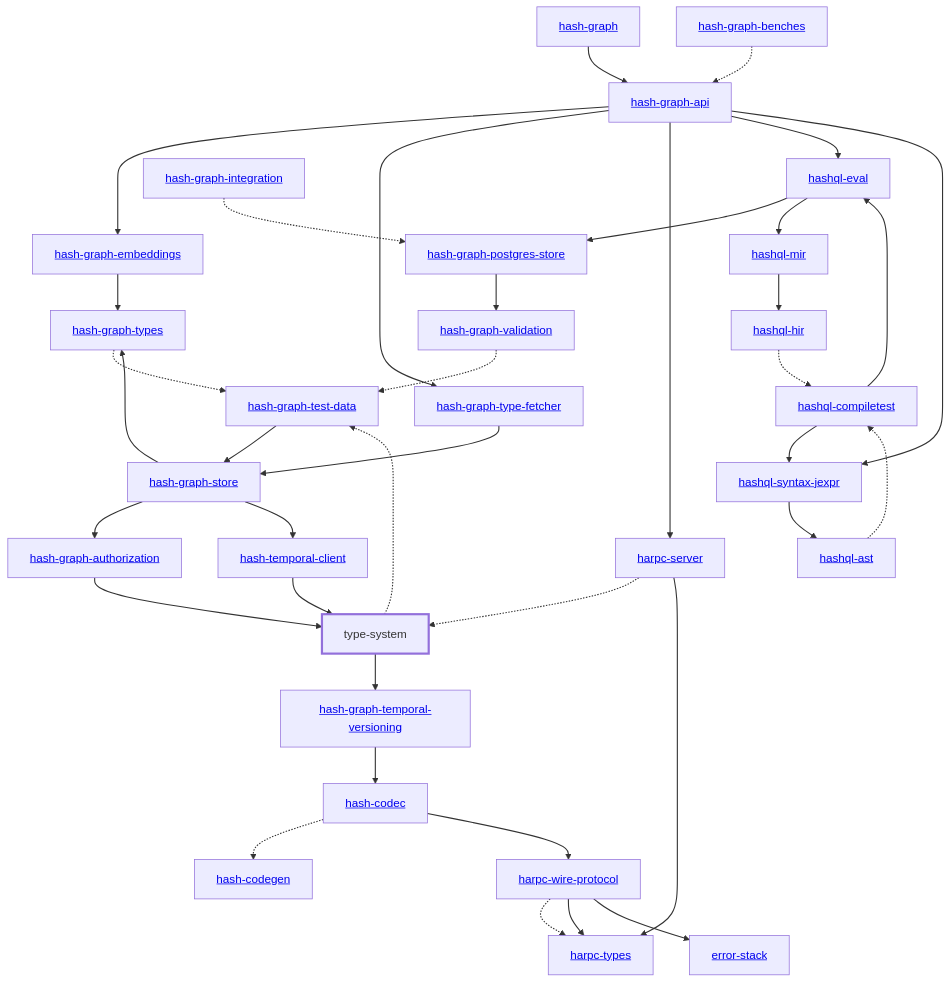
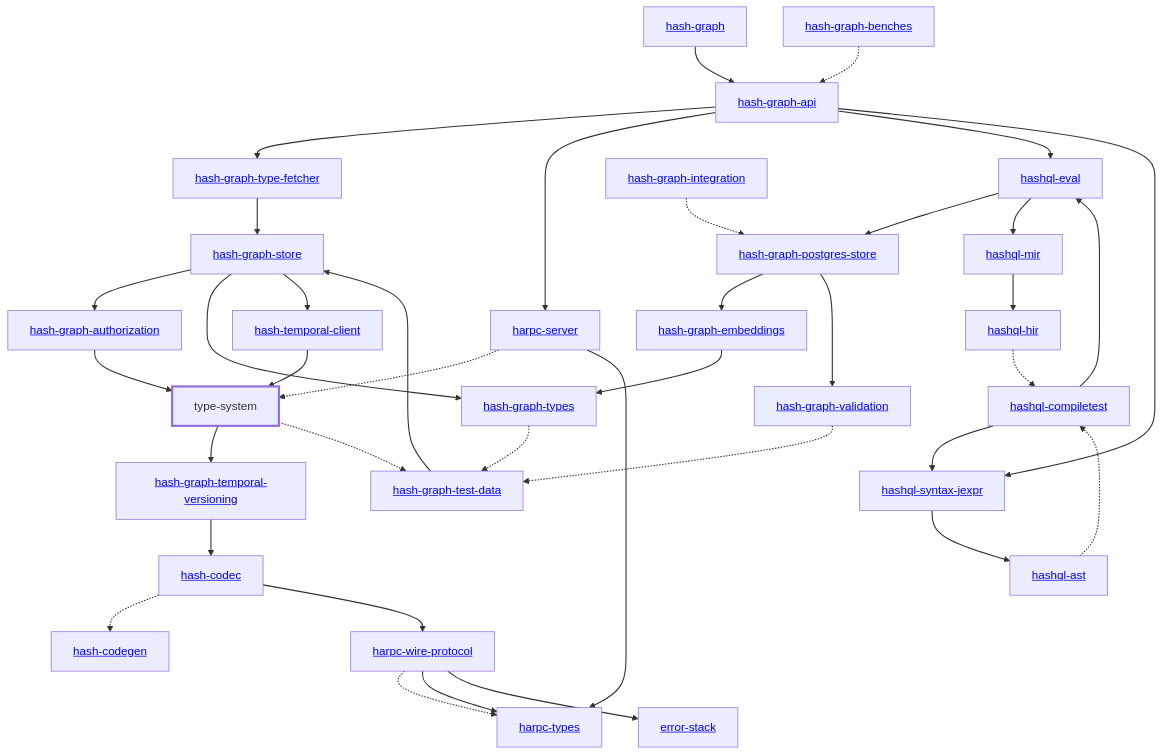
Before and after one commit to AKJUS/akin-hash: the diagram in libs/@blockprotocol/type-system/rust/docs/dependency-diagram.mmd, drawn with Mermaid. The commit also changed 52 other files, not shown here.

```diff
--- a/libs/@blockprotocol/type-system/rust/docs/dependency-diagram.mmd
+++ b/libs/@blockprotocol/type-system/rust/docs/dependency-diagram.mmd
@@ -1,75 +1,75 @@
 graph TD
     linkStyle default stroke-width:1.5px
     classDef default stroke-width:1px
     classDef root stroke-width:3px
     classDef dev stroke-width:1px
     classDef build stroke-width:1px
     %% Legend
     %% --> : Normal dependency
     %% -.-> : Dev dependency
     %% ---> : Build dependency
     0[<a href="../hash_graph/index.html">hash-graph</a>]
     1[type-system]
     class 1 root
     2[<a href="../hash_codec/index.html">hash-codec</a>]
     3[<a href="../hash_codegen/index.html">hash-codegen</a>]
     4[<a href="../hash_graph_api/index.html">hash-graph-api</a>]
     5[<a href="../hash_graph_authorization/index.html">hash-graph-authorization</a>]
     6[<a href="../hash_graph_embeddings/index.html">hash-graph-embeddings</a>]
     7[<a href="../hash_graph_postgres_store/index.html">hash-graph-postgres-store</a>]
     8[<a href="../hash_graph_store/index.html">hash-graph-store</a>]
     9[<a href="../hash_graph_temporal_versioning/index.html">hash-graph-temporal-versioning</a>]
     10[<a href="../hash_graph_type_fetcher/index.html">hash-graph-type-fetcher</a>]
     11[<a href="../hash_graph_types/index.html">hash-graph-types</a>]
     12[<a href="../hash_graph_validation/index.html">hash-graph-validation</a>]
     13[<a href="../harpc_server/index.html">harpc-server</a>]
     14[<a href="../harpc_types/index.html">harpc-types</a>]
     15[<a href="../harpc_wire_protocol/index.html">harpc-wire-protocol</a>]
     16[<a href="../hashql_ast/index.html">hashql-ast</a>]
     17[<a href="../hashql_compiletest/index.html">hashql-compiletest</a>]
     18[<a href="../hashql_eval/index.html">hashql-eval</a>]
     19[<a href="../hashql_hir/index.html">hashql-hir</a>]
     20[<a href="../hashql_mir/index.html">hashql-mir</a>]
     21[<a href="../hashql_syntax_jexpr/index.html">hashql-syntax-jexpr</a>]
     22[<a href="../hash_temporal_client/index.html">hash-temporal-client</a>]
     23[<a href="../error_stack/index.html">error-stack</a>]
     24[<a href="../hash_graph_benches/index.html">hash-graph-benches</a>]
     25[<a href="../hash_graph_integration/index.html">hash-graph-integration</a>]
     26[<a href="../hash_graph_test_data/index.html">hash-graph-test-data</a>]
     0 --> 4
     1 --> 9
     1 -.-> 26
     2 -.-> 3
     2 --> 15
-    4 --> 6
     4 --> 10
     4 --> 13
     4 --> 18
     4 --> 21
     5 --> 1
     6 --> 11
+    7 --> 6
     7 --> 12
     8 --> 5
     8 --> 11
     8 --> 22
     9 --> 2
     10 --> 8
     11 -.-> 26
     12 -.-> 26
     13 -.-> 1
     13 --> 14
     15 -.-> 14
     15 --> 14
     15 --> 23
     16 -.-> 17
     17 --> 18
     17 --> 21
     18 --> 7
     18 --> 20
     19 -.-> 17
     20 --> 19
     21 --> 16
     22 --> 1
     24 -.-> 4
     25 -.-> 7
     26 --> 8
```
